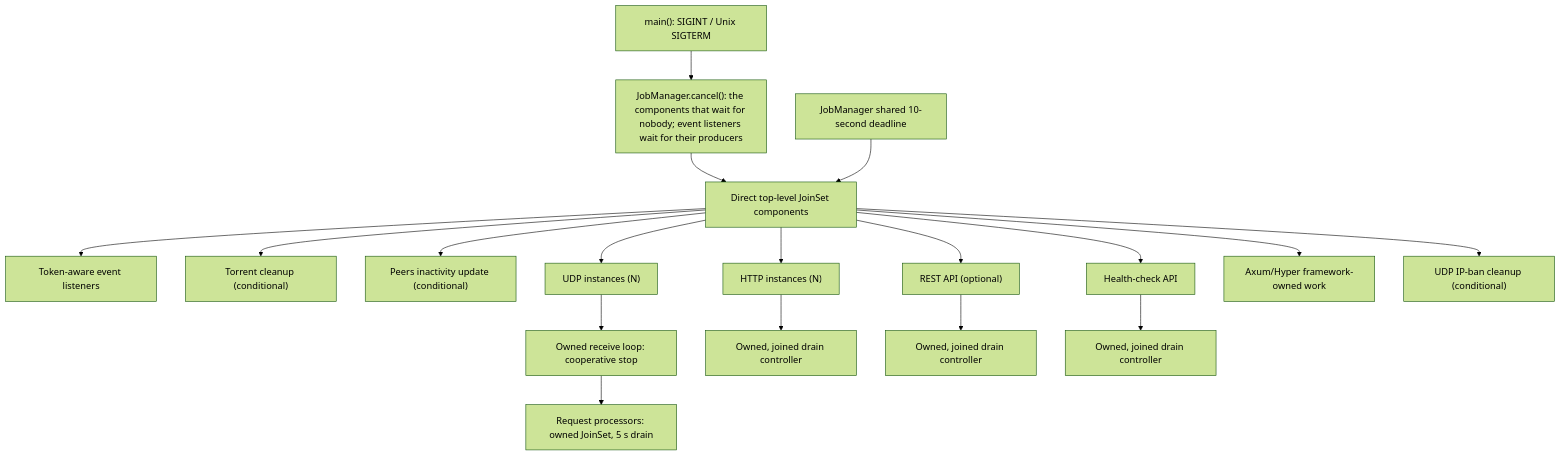
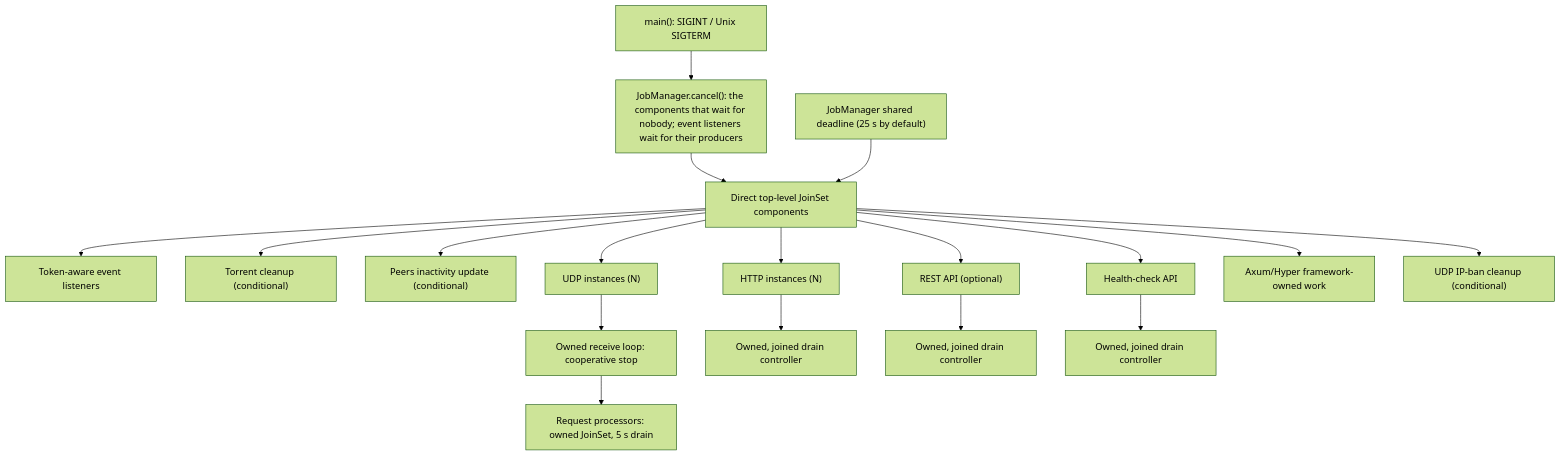
Before and after one commit to torrust/torrust-tracker: the diagram in docs/features/shutdown-process/task-inventory.md, drawn with Mermaid (forest theme). The commit also changed other lines of this file and 65 other files, not shown here.

````diff
--- a/docs/features/shutdown-process/task-inventory.md
+++ b/docs/features/shutdown-process/task-inventory.md
@@ -80,20 +82,20 @@
 ```mermaid
 flowchart TD
     main["main(): SIGINT / Unix SIGTERM"] --> cancel["JobManager.cancel(): the components that wait for nobody; event listeners wait for their producers"]
     cancel --> direct["Direct top-level JoinSet components"]
     direct --> listeners["Token-aware event listeners"]
     direct --> cleanup["Torrent cleanup (conditional)"]
     direct --> inactivity["Peers inactivity update (conditional)"]
     direct --> udp["UDP instances (N)"]
     udp --> udpLoop["Owned receive loop: cooperative stop"]
     udpLoop --> udpRequests["Request processors: owned JoinSet, 5 s drain"]
     direct --> http["HTTP instances (N)"]
     http --> httpController["Owned, joined drain controller"]
     direct --> rest["REST API (optional)"]
     rest --> restController["Owned, joined drain controller"]
     direct --> health["Health-check API"]
     health --> healthController["Owned, joined drain controller"]
     direct --> framework["Axum/Hyper framework-owned work"]
-    manager["JobManager shared 10-second deadline"] --> direct
+    manager["JobManager shared deadline (25 s by default)"] --> direct
     direct --> ban["UDP IP-ban cleanup (conditional)"]
 ```
````
